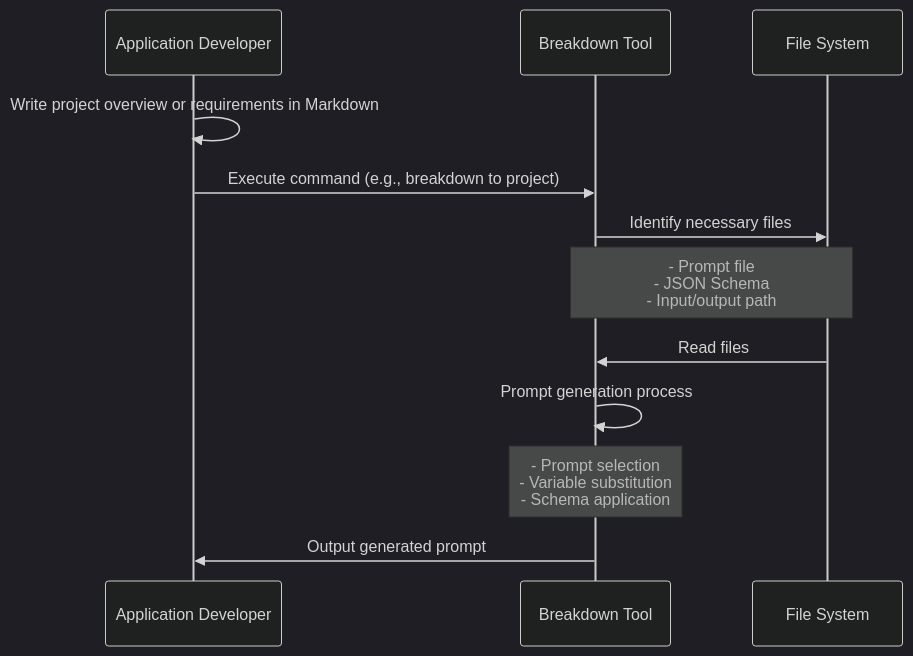
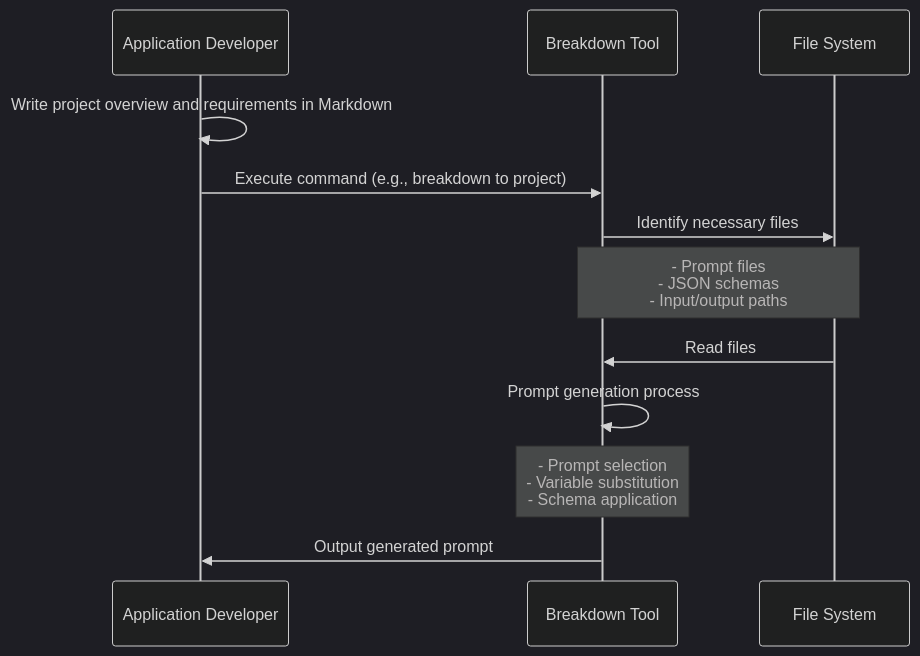
Before and after one commit to tettuan/breakdown: the first of 2 diagrams in docs/index.md, drawn with Mermaid (dark theme). The commit also changed other lines of this file and 15 other files, not shown here.

````diff
--- a/docs/index.md
+++ b/docs/index.md
@@ -32,15 +32,15 @@
 ```mermaid
 sequenceDiagram
   participant Developer as Application Developer
   participant Breakdown as Breakdown Tool
   participant Files as File System
 
-  Developer->>Developer: Write project overview or requirements in Markdown
+  Developer->>Developer: Write project overview and requirements in Markdown
   Developer->>Breakdown: Execute command (e.g., breakdown to project)
   Breakdown->>Files: Identify necessary files
-  Note over Breakdown,Files: - Prompt file<br>- JSON Schema<br>- Input/output path
+  Note over Breakdown,Files: - Prompt files<br>- JSON schemas<br>- Input/output paths
   Files->>Breakdown: Read files
   Breakdown->>Breakdown: Prompt generation process
   Note over Breakdown: - Prompt selection<br>- Variable substitution<br>- Schema application
   Breakdown->>Developer: Output generated prompt
 ```
````
